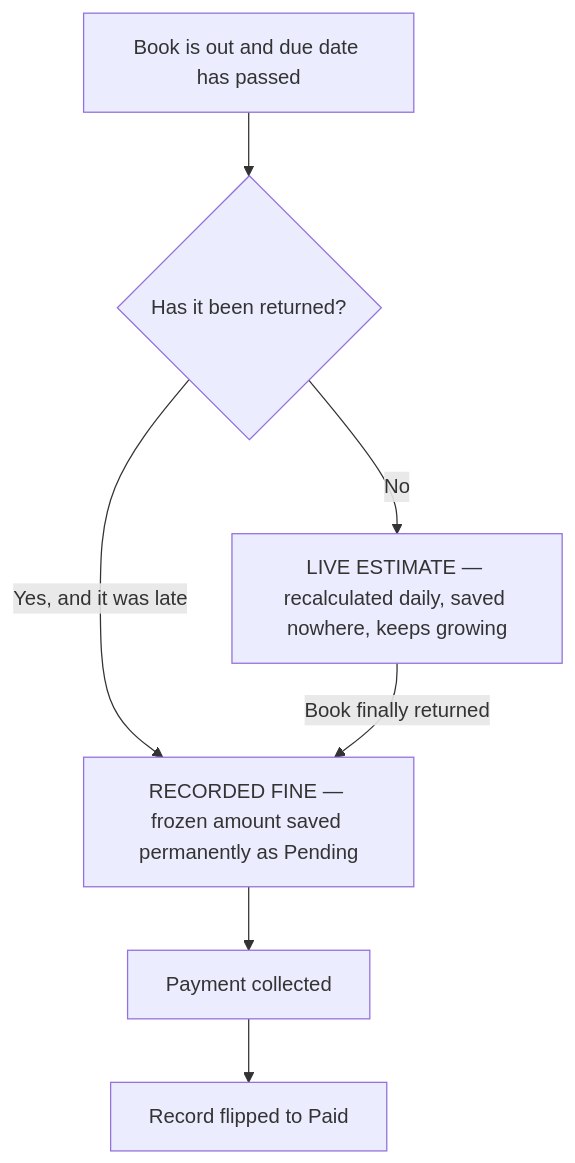
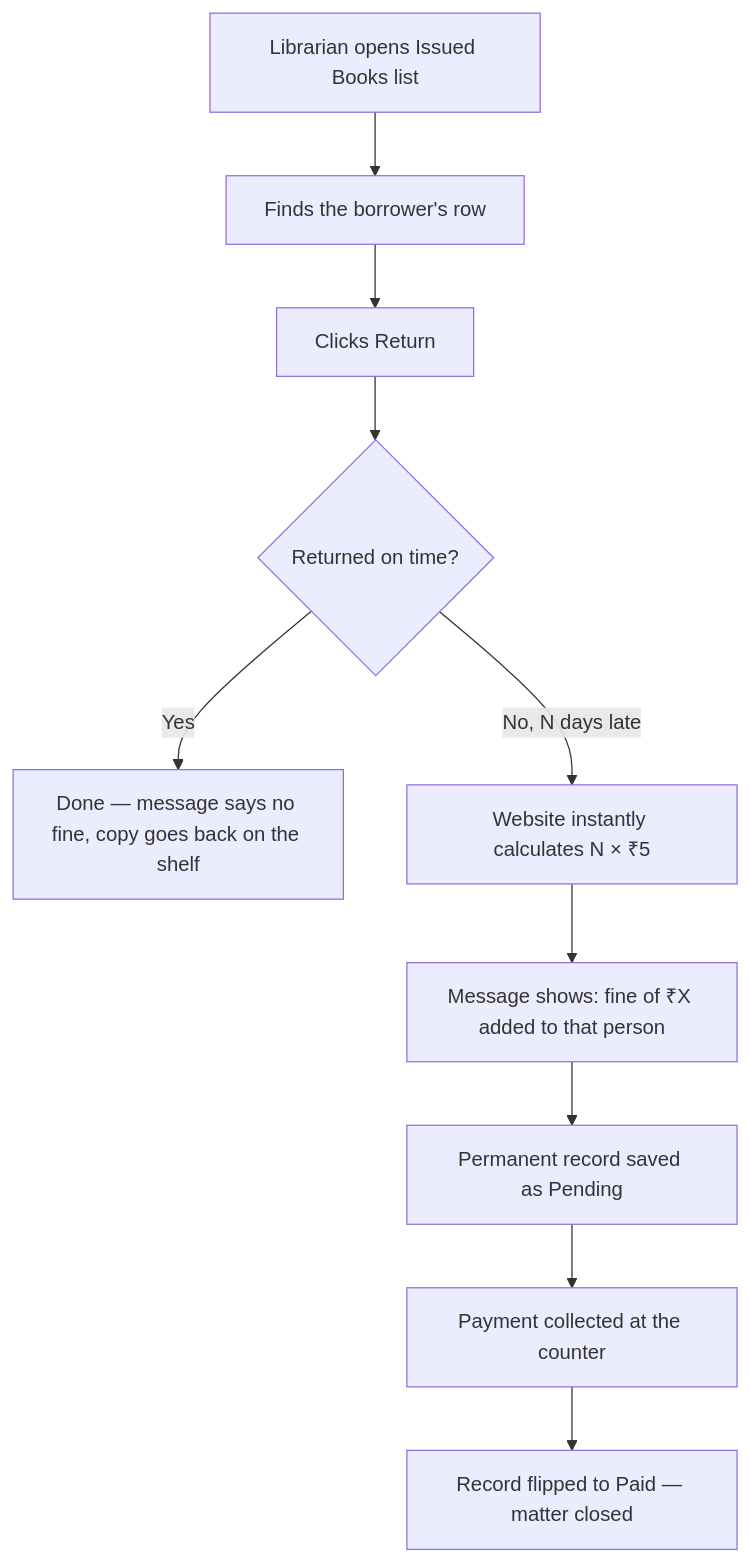
Before and after one commit to Viveksharma8542/Libsys: the fifth of 6 diagrams in FLOWCHART.md, drawn with Mermaid. The commit also changed other lines of this file and 11 other files, not shown here.

Commit message:
single fine at return only; block reissue before due date; clearer return message

````diff
--- a/FLOWCHART.md
+++ b/FLOWCHART.md
@@ -176,9 +164,12 @@
 ```mermaid
 flowchart TD
-    A[Book is out and due date has passed] --> B{Has it been returned?}
-    B -->|No| C[LIVE ESTIMATE — recalculated daily, saved nowhere, keeps growing]
-    B -->|Yes, and it was late| D[RECORDED FINE — frozen amount saved permanently as Pending]
-    D --> E[Payment collected]
-    E --> F[Record flipped to Paid]
-    C -->|Book finally returned| D
+    A[Librarian opens Issued Books list] --> B[Finds the borrower's row]
+    B --> C[Clicks Return]
+    C --> D{Returned on time?}
+    D -->|Yes| E[Done — message says no fine, copy goes back on the shelf]
+    D -->|No, N days late| F[Website instantly calculates N × ₹5]
+    F --> G[Message shows: fine of ₹X added to that person]
+    G --> H[Permanent record saved as Pending]
+    H --> I[Payment collected at the counter]
+    I --> J[Record flipped to Paid — matter closed]
 ```
````
